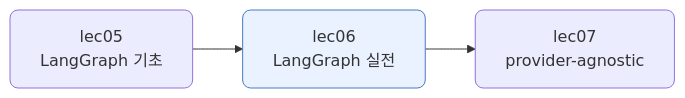
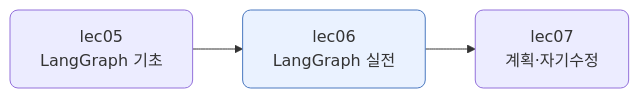
One commit to CodeCompose7/ai_service_engineering changed the first of 4 diagrams in docs/section3/lec06/README.md. Above: the diagram before and after it, drawn with Mermaid. The commit also changed 2 other files, not shown here.

Commit message:
S3: 남은 lec07 'provider-agnostic' 표현 정리
주제 교체 후 흩어진 참조를 마저 고친다.
- lec07/__init__.py docstring을 새 주제로
- lec06 파이프라인 mermaid의 L7 라벨을 '계획·자기수정'으로
- lec01에서 "약한 모델 처리는 lec07에서" 포워드 참조를 S4 하네스
  엔지니어링으로 (폴백·우아한 강등은 S4 소관)

루트 README의 "LiteLLM — provider-agnostic LLM 호출"은 라이브러리 자체에 대한
정확한 설명이라 둔다.

````diff
--- a/docs/section3/lec06/README.md
+++ b/docs/section3/lec06/README.md
@@ -11,7 +11,7 @@
 ```mermaid
 flowchart LR
-  L5["lec05<br/>LangGraph 기초"] --> L6["lec06<br/>LangGraph 실전"] --> L7["lec07<br/>provider-agnostic"]
+  L5["lec05<br/>LangGraph 기초"] --> L6["lec06<br/>LangGraph 실전"] --> L7["lec07<br/>계획·자기수정"]
   classDef default rx:8,ry:8;
   classDef now fill:#eaf2ff,stroke:#4a78c0;
   class L6 now;
 ```
````
